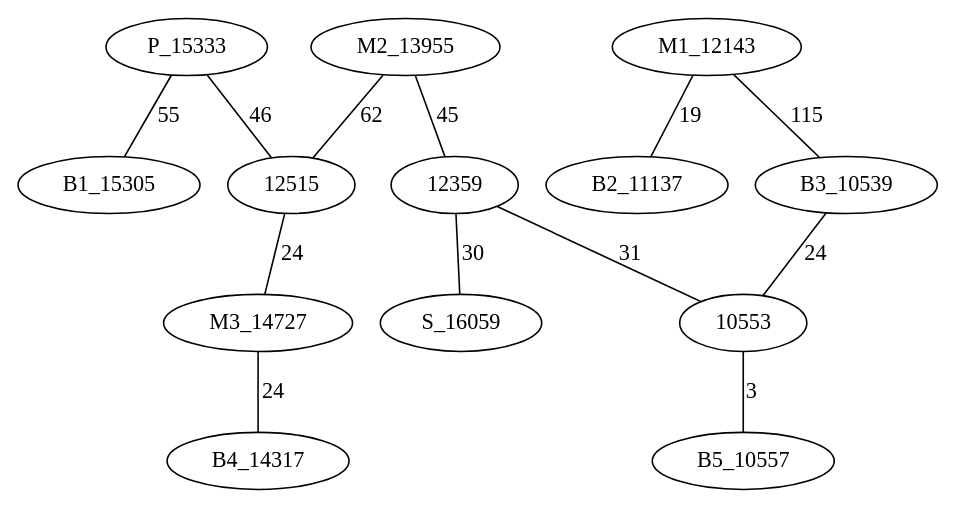
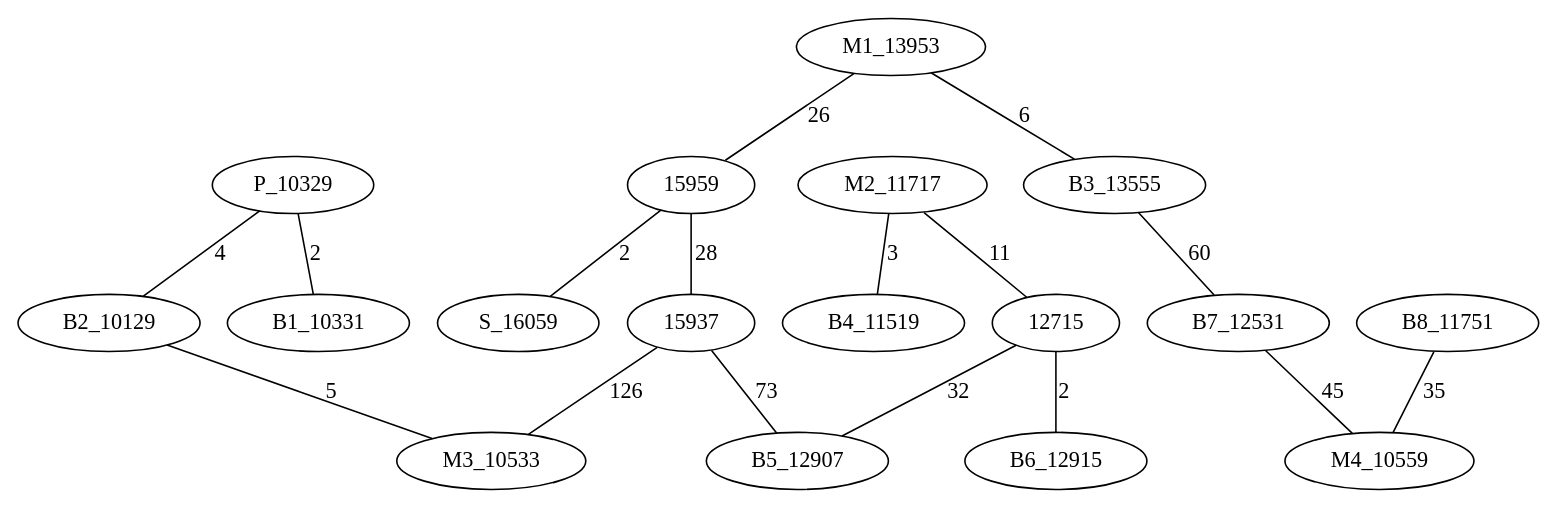
One commit to AsmNoob/Labyrinthe changed the diagram in Graph.dot. Above: the diagram before and after it, drawn with Graphviz. The commit also changed 5 other files, not shown here.

```diff
--- a/Graph.dot
+++ b/Graph.dot
@@ -1,16 +1,20 @@
 graph chemin {
 
-	P_15333 -- 12515 [label=46]
-	P_15333 -- B1_15305 [label=55]
-	M1_12143 -- B2_11137 [label=19]
-	M1_12143 -- B3_10539 [label=115]
-	M2_13955 -- 12515 [label=62]
-	M2_13955 -- 12359 [label=45]
-	12515 -- M3_14727 [label=24]
-	12359 -- 10553 [label=31]
-	12359 -- S_16059 [label=30]
-	B3_10539 -- 10553 [label=24]
-	M3_14727 -- B4_14317 [label=24]
-	10553 -- B5_10557 [label=3]
+	P_10329 -- B1_10331 [label=2]
+	P_10329 -- B2_10129 [label=4]
+	M1_13953 -- 15959 [label=26]
+	M1_13953 -- B3_13555 [label=6]
+	15959 -- 15937 [label=28]
+	15959 -- S_16059 [label=2]
+	M2_11717 -- B4_11519 [label=3]
+	M2_11717 -- 12715 [label=11]
+	12715 -- B5_12907 [label=32]
+	12715 -- B6_12915 [label=2]
+	B3_13555 -- B7_12531 [label=60]
+	15937 -- M3_10533 [label=126]
+	15937 -- B5_12907 [label=73]
+	B7_12531 -- M4_10559 [label=45]
+	B8_11751 -- M4_10559 [label=35]
+	B2_10129 -- M3_10533 [label=5]
 
 }
```
